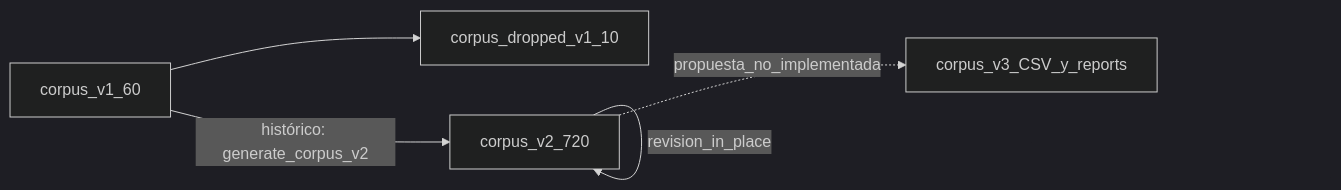
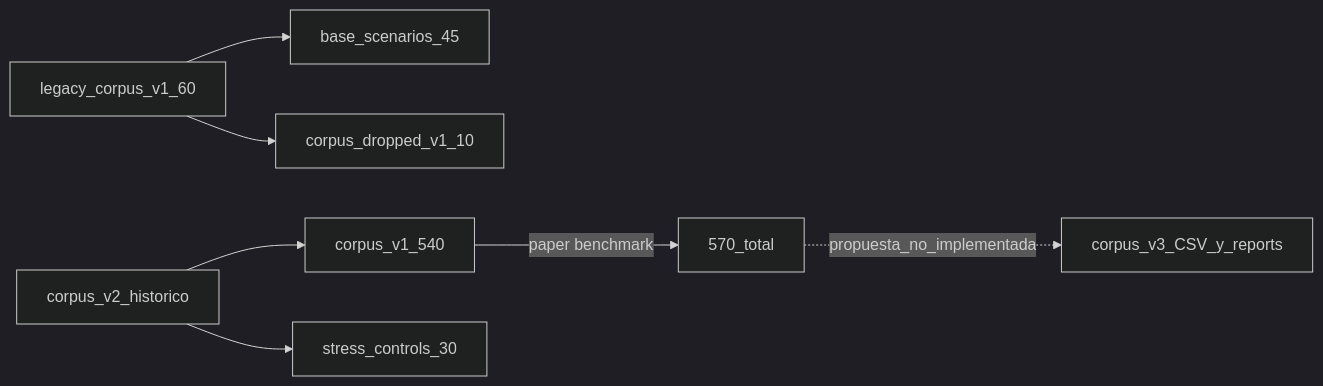
The diagram in INVENTARIO.md (Radega1993/the-one-scenario-corpus), drawn with Mermaid (dark theme) before and after one commit. The commit also changed other lines of this file and 1729 other files, not shown here.

````diff
--- a/INVENTARIO.md
+++ b/INVENTARIO.md
@@ -83,7 +89,9 @@
 ```mermaid
 flowchart LR
-  v1[corpus_v1_60] --> dropped[corpus_dropped_v1_10]
-  v1 -->|histórico: generate_corpus_v2| v2[corpus_v2_720]
-  v2 -->|revision_in_place| v2
-  v2 -.->|propuesta_no_implementada| v3plan[corpus_v3_CSV_y_reports]
+  legacy[legacy_corpus_v1_60] --> base[base_scenarios_45]
+  tp[corpus_v2_historico] --> env[corpus_v1_540]
+  tp --> stress[stress_controls_30]
+  legacy --> dropped[corpus_dropped_v1_10]
+  env -->|paper benchmark| combo[570_total]
+  combo -.->|propuesta_no_implementada| v3plan[corpus_v3_CSV_y_reports]
 ```
````
